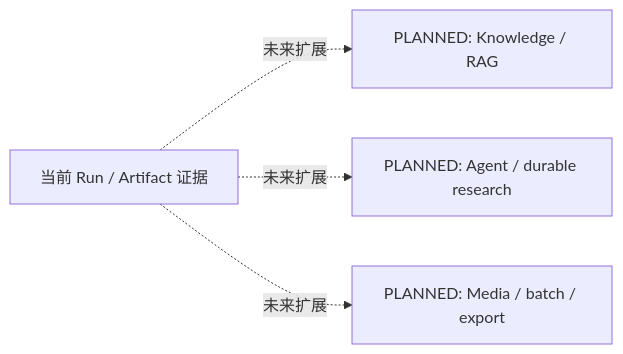
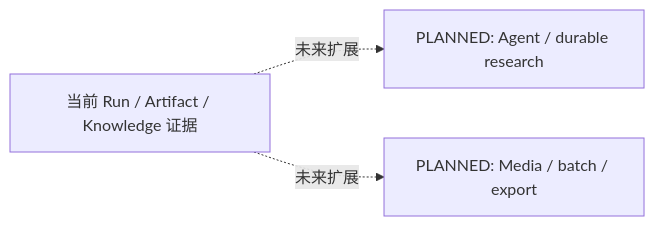
Before and after one commit to yorzi/rubyllm-workbench: the fourth of 10 diagrams in docs/ARCHITECTURE.md, drawn with Mermaid. The commit also changed other lines of this file and 29 other files, not shown here.

````diff
--- a/docs/ARCHITECTURE.md
+++ b/docs/ARCHITECTURE.md
@@ -235,6 +269,6 @@
 ```mermaid
 flowchart LR
-    Current["当前 Run / Artifact 证据"] -. "未来扩展" .-> Knowledge["PLANNED: Knowledge / RAG"]
+    Current["当前 Run / Artifact / Knowledge 证据"]
     Current -. "未来扩展" .-> Agent["PLANNED: Agent / durable research"]
     Current -. "未来扩展" .-> Media["PLANNED: Media / batch / export"]
 ```
````
